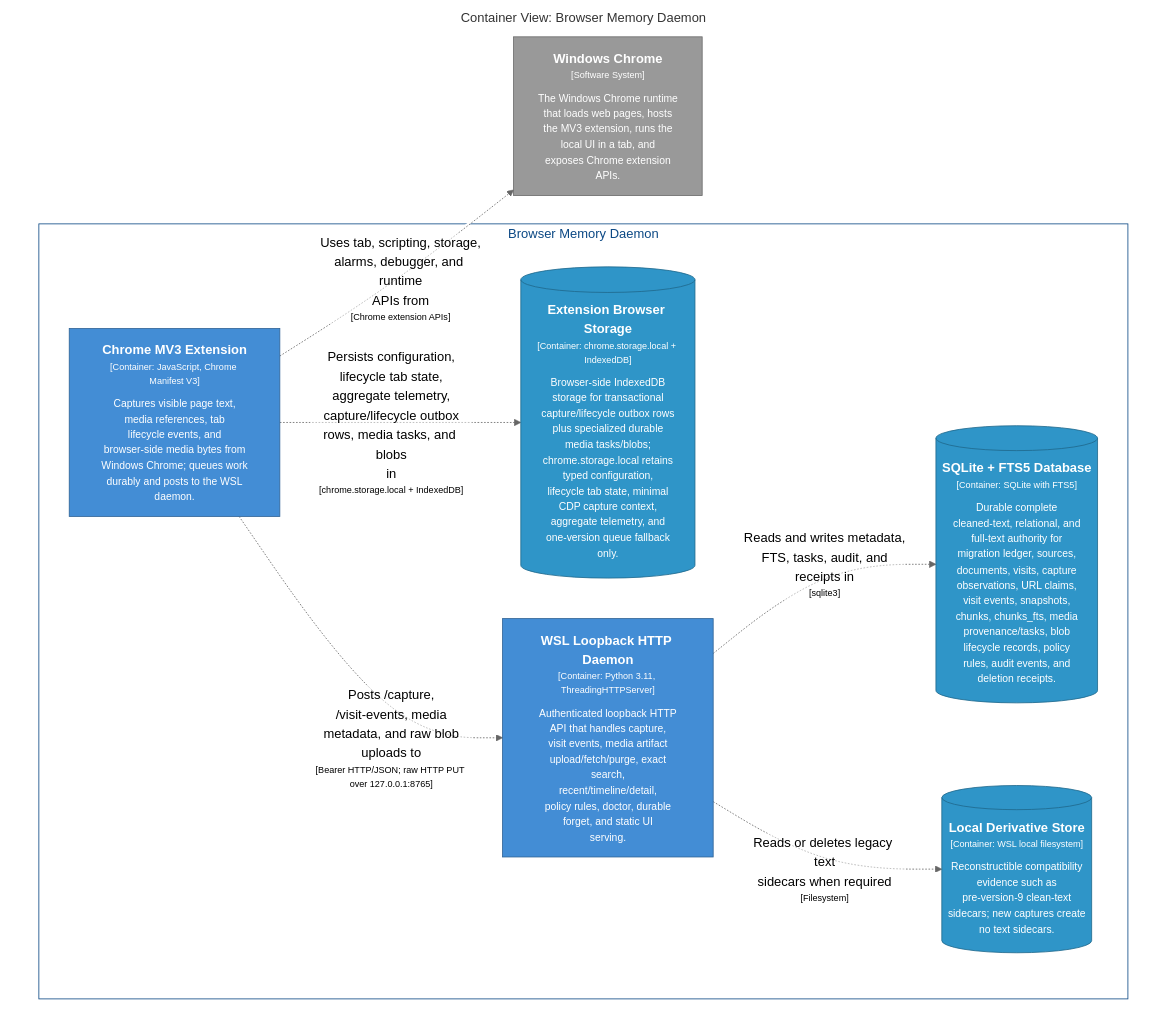
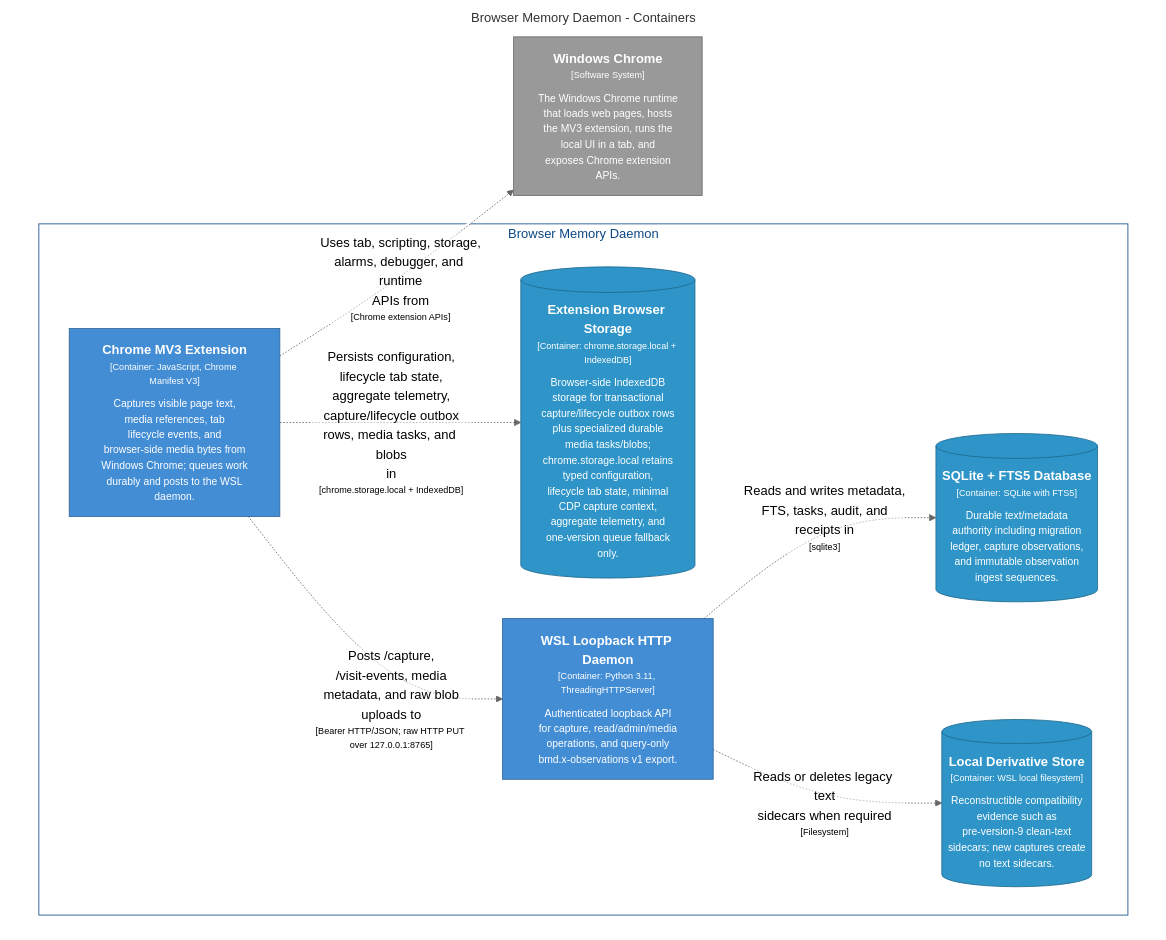
Before and after one commit to michaelnicks0/browser-memory-daemon: the diagram in docs/architecture/diagrams/markdown/CaptureContainers.md, drawn with Mermaid (neutral theme). The commit also changed 331 other files, not shown here.

Commit message:
docs: refresh architecture and publish surfaces

````diff
--- a/docs/architecture/diagrams/markdown/CaptureContainers.md
+++ b/docs/architecture/diagrams/markdown/CaptureContainers.md
@@ -16,33 +16,32 @@
 ```mermaid
 graph TB
   linkStyle default fill:#ffffff
 
-  subgraph diagram ["Container View: Browser Memory Daemon"]
+  subgraph diagram ["Browser Memory Daemon - Containers"]
     style diagram fill:#ffffff,stroke:#ffffff
 
     2["<div style='font-weight: bold'>Windows Chrome</div><div style='font-size: 70%; margin-top: 0px'>[Software System]</div><div style='font-size: 80%; margin-top:10px'>The Windows Chrome runtime<br />that loads web pages, hosts<br />the MV3 extension, runs the<br />local UI in a tab, and<br />exposes Chrome extension<br />APIs.</div>"]
     style 2 fill:#999999,stroke:#6b6b6b,color:#ffffff
 
     subgraph 4 ["Browser Memory Daemon"]
       style 4 fill:#ffffff,stroke:#0b4884,color:#0b4884
 
       21[("<div style='font-weight: bold'>Extension Browser Storage</div><div style='font-size: 70%; margin-top: 0px'>[Container: chrome.storage.local + IndexedDB]</div><div style='font-size: 80%; margin-top:10px'>Browser-side IndexedDB<br />storage for transactional<br />capture/lifecycle outbox rows<br />plus specialized durable<br />media tasks/blobs;<br />chrome.storage.local retains<br />typed configuration,<br />lifecycle tab state, minimal<br />CDP capture context,<br />aggregate telemetry, and<br />one-version queue fallback<br />only.</div>")]
       style 21 fill:#2f95c8,stroke:#20688c,color:#ffffff
-      22["<div style='font-weight: bold'>WSL Loopback HTTP Daemon</div><div style='font-size: 70%; margin-top: 0px'>[Container: Python 3.11, ThreadingHTTPServer]</div><div style='font-size: 80%; margin-top:10px'>Authenticated loopback HTTP<br />API that handles capture,<br />visit events, media artifact<br />upload/fetch/purge, exact<br />search,<br />recent/timeline/detail,<br />policy rules, doctor, durable<br />forget, and static UI<br />serving.</div>"]
+      22["<div style='font-weight: bold'>WSL Loopback HTTP Daemon</div><div style='font-size: 70%; margin-top: 0px'>[Container: Python 3.11, ThreadingHTTPServer]</div><div style='font-size: 80%; margin-top:10px'>Authenticated loopback API<br />for capture, read/admin/media<br />operations, and query-only<br />bmd.x-observations v1 export.</div>"]
       style 22 fill:#438dd5,stroke:#2e6295,color:#ffffff
-      48[("<div style='font-weight: bold'>SQLite + FTS5 Database</div><div style='font-size: 70%; margin-top: 0px'>[Container: SQLite with FTS5]</div><div style='font-size: 80%; margin-top:10px'>Durable complete<br />cleaned-text, relational, and<br />full-text authority for<br />migration ledger, sources,<br />documents, visits, capture<br />observations, URL claims,<br />visit events, snapshots,<br />chunks, chunks_fts, media<br />provenance/tasks, blob<br />lifecycle records, policy<br />rules, audit events, and<br />deletion receipts.</div>")]
-      style 48 fill:#2f95c8,stroke:#20688c,color:#ffffff
-      49[("<div style='font-weight: bold'>Local Derivative Store</div><div style='font-size: 70%; margin-top: 0px'>[Container: WSL local filesystem]</div><div style='font-size: 80%; margin-top:10px'>Reconstructible compatibility<br />evidence such as<br />pre-version-9 clean-text<br />sidecars; new captures create<br />no text sidecars.</div>")]
+      49[("<div style='font-weight: bold'>SQLite + FTS5 Database</div><div style='font-size: 70%; margin-top: 0px'>[Container: SQLite with FTS5]</div><div style='font-size: 80%; margin-top:10px'>Durable text/metadata<br />authority including migration<br />ledger, capture observations,<br />and immutable observation<br />ingest sequences.</div>")]
       style 49 fill:#2f95c8,stroke:#20688c,color:#ffffff
       5["<div style='font-weight: bold'>Chrome MV3 Extension</div><div style='font-size: 70%; margin-top: 0px'>[Container: JavaScript, Chrome Manifest V3]</div><div style='font-size: 80%; margin-top:10px'>Captures visible page text,<br />media references, tab<br />lifecycle events, and<br />browser-side media bytes from<br />Windows Chrome; queues work<br />durably and posts to the WSL<br />daemon.</div>"]
       style 5 fill:#438dd5,stroke:#2e6295,color:#ffffff
+      50[("<div style='font-weight: bold'>Local Derivative Store</div><div style='font-size: 70%; margin-top: 0px'>[Container: WSL local filesystem]</div><div style='font-size: 80%; margin-top:10px'>Reconstructible compatibility<br />evidence such as<br />pre-version-9 clean-text<br />sidecars; new captures create<br />no text sidecars.</div>")]
+      style 50 fill:#2f95c8,stroke:#20688c,color:#ffffff
     end
 
     5-. "<div>Uses tab, scripting, storage,<br />alarms, debugger, and runtime<br />APIs from</div><div style='font-size: 70%'>[Chrome extension APIs]</div>" .->2
     5-. "<div>Persists configuration,<br />lifecycle tab state,<br />aggregate telemetry,<br />capture/lifecycle outbox<br />rows, media tasks, and blobs<br />in</div><div style='font-size: 70%'>[chrome.storage.local + IndexedDB]</div>" .->21
     5-. "<div>Posts /capture,<br />/visit-events, media<br />metadata, and raw blob<br />uploads to</div><div style='font-size: 70%'>[Bearer HTTP/JSON; raw HTTP PUT over 127.0.0.1:8765]</div>" .->22
-    22-. "<div>Reads and writes metadata,<br />FTS, tasks, audit, and<br />receipts in</div><div style='font-size: 70%'>[sqlite3]</div>" .->48
-    22-. "<div>Reads or deletes legacy text<br />sidecars when required</div><div style='font-size: 70%'>[Filesystem]</div>" .->49
-
+    22-. "<div>Reads and writes metadata,<br />FTS, tasks, audit, and<br />receipts in</div><div style='font-size: 70%'>[sqlite3]</div>" .->49
+    22-. "<div>Reads or deletes legacy text<br />sidecars when required</div><div style='font-size: 70%'>[Filesystem]</div>" .->50
   end
 ```
````
